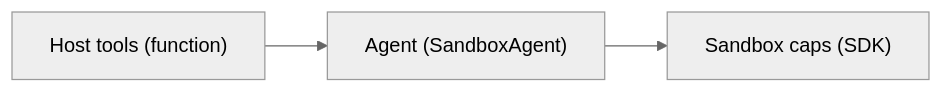
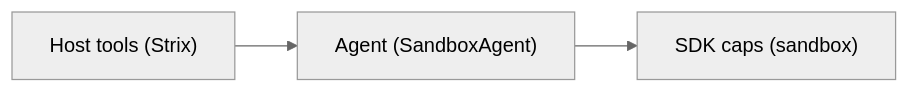
The diagram in 05-the-toolkit-layer.md (joels-sandgarden/strix-docs), drawn with Mermaid (neutral theme) before and after one commit. The commit also changed other lines of this file, not shown here.

````diff
--- a/05-the-toolkit-layer.md
+++ b/05-the-toolkit-layer.md
@@ -46,9 +46,9 @@
 ```mermaid
 flowchart LR
-  Tools["Host tools (function)"]
+  Tools["Host tools (Strix)"]
   Agent["Agent (SandboxAgent)"]
-  Caps["Sandbox caps (SDK)"]
+  Caps["SDK caps (sandbox)"]
 
   Tools --> Agent
   Agent --> Caps
 ```
````
